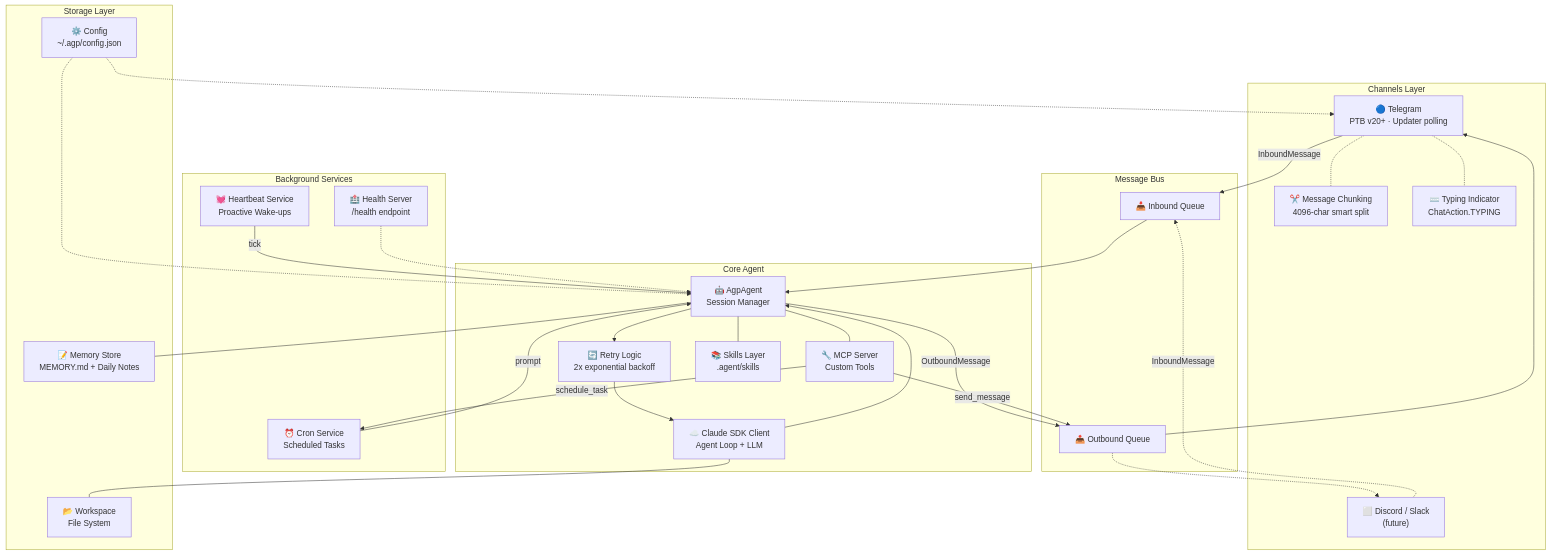
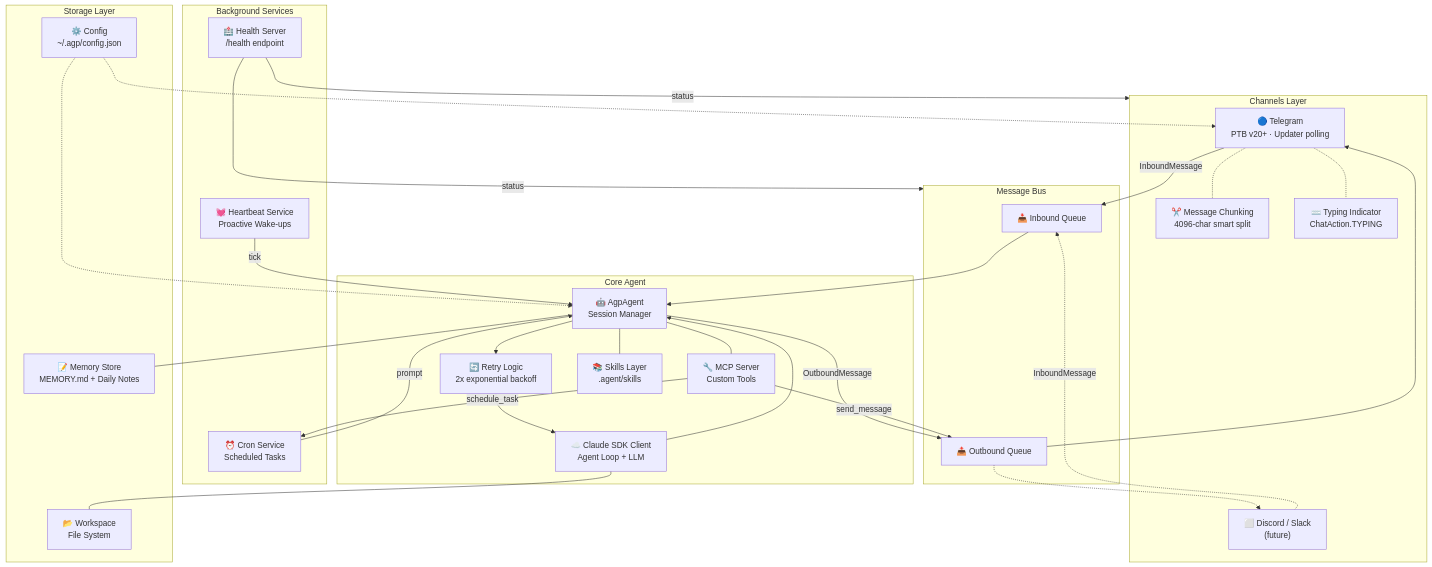
One commit to adrianpuiu/Agentic-Gateway-Protocol changed the first of 3 diagrams in ARCHITECTURE.md. Above: the diagram before and after it, drawn with Mermaid. The commit also changed other lines of this file, not shown here.

````diff
--- a/ARCHITECTURE.md
+++ b/ARCHITECTURE.md
@@ -5,60 +5,61 @@
 ```mermaid
 graph TB
     subgraph Channels["Channels Layer"]
         TG["🔵 Telegram<br/>PTB v20+ · Updater polling"]
         CHUNK["✂️ Message Chunking<br/>4096-char smart split"]
         TYPING["⌨️ Typing Indicator<br/>ChatAction.TYPING"]
         FUTURE["⬜ Discord / Slack<br/>(future)"]
     end
 
     subgraph Bus["Message Bus"]
         IQ["📥 Inbound Queue"]
         OQ["📤 Outbound Queue"]
     end
 
     subgraph Core["Core Agent"]
         AGENT["🤖 AgpAgent<br/>Session Manager"]
         RETRY["🔄 Retry Logic<br/>2x exponential backoff"]
         SDK["☁️ Claude SDK Client<br/>Agent Loop + LLM"]
         MCP["🔧 MCP Server<br/>Custom Tools"]
         SKILLS["📚 Skills Layer<br/>.agent/skills"]
     end
 
     subgraph Services["Background Services"]
         CRON["⏰ Cron Service<br/>Scheduled Tasks"]
         HB["💓 Heartbeat Service<br/>Proactive Wake-ups"]
         HEALTH["🏥 Health Server<br/>/health endpoint"]
     end
 
     subgraph Storage["Storage Layer"]
         MEM["📝 Memory Store<br/>MEMORY.md + Daily Notes"]
         WS["📂 Workspace<br/>File System"]
         CFG["⚙️ Config<br/>~/.agp/config.json"]
     end
 
     TG -- "InboundMessage" --> IQ
     TG -.- TYPING
     TG -.- CHUNK
     FUTURE -. "InboundMessage" .-> IQ
     IQ --> AGENT
     AGENT --> RETRY
     RETRY --> SDK
     SDK --> AGENT
     AGENT -- "OutboundMessage" --> OQ
     OQ --> TG
     OQ -.-> FUTURE
 
     AGENT --- MCP
     AGENT --- SKILLS
     MCP -- "send_message" --> OQ
     MCP -- "schedule_task" --> CRON
 
     CRON -- "prompt" --> AGENT
     HB -- "tick" --> AGENT
-    HEALTH -.-> AGENT
+    HEALTH -- "status" --> Bus
+    HEALTH -- "status" --> Channels
 
     AGENT --- MEM
     SDK --- WS
     CFG -.-> AGENT
     CFG -.-> TG
 ```
````
